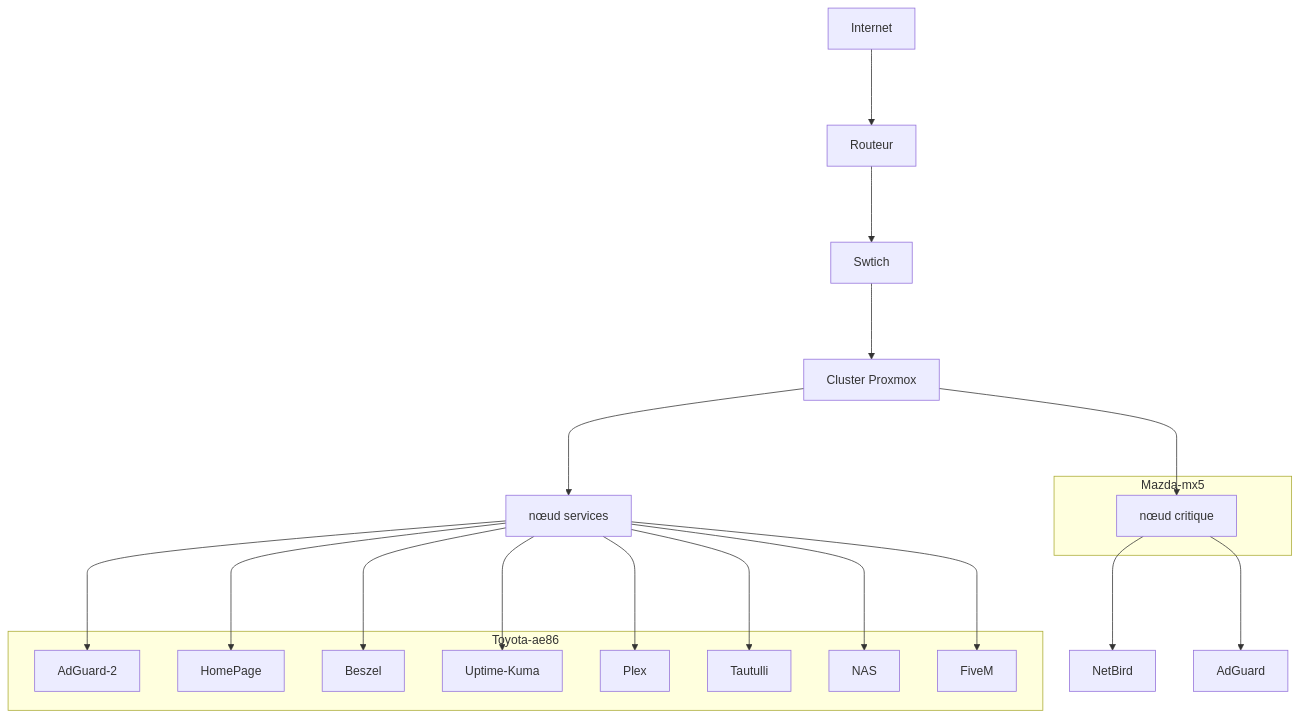
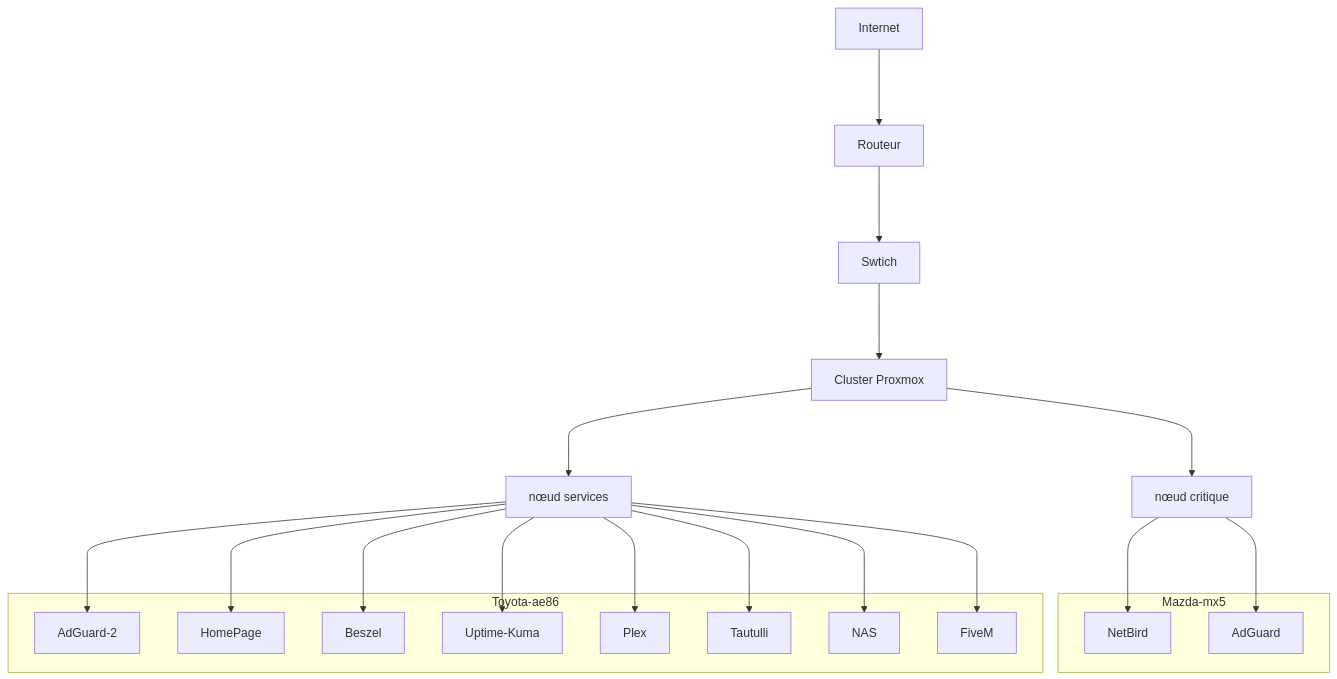
Before and after one commit to snoyy-i/snoyy-i: the diagram in README.md, drawn with Mermaid.

````diff
--- a/README.md
+++ b/README.md
@@ -2,50 +2,51 @@
 ```mermaid
 graph TD
      A[Internet]
      B[Routeur]
      C[Swtich]
      D[Cluster Proxmox]
      E[nœud critique]
      F[nœud services]
      G[NetBird]
      H[AdGuard]
      I[AdGuard-2]
      J[HomePage]
      K[Beszel]
      L[Uptime-Kuma]
      M[Plex]
      N[Tautulli]
      O[NAS]
      P[FiveM]
 
 subgraph Mazda-mx5
-     E[nœud critique]
+     G[NetBird]
+     H[AdGuard]
 end
 
 subgraph Toyota-ae86
      I[AdGuard-2]
      J[HomePage]
      K[Beszel]
      L[Uptime-Kuma]
      M[Plex]
      N[Tautulli]
      O[NAS]
      P[FiveM]
 end
 
      A--->B
      B--->C
      C--->D
      D--->E
      D--->F
      E--->G 
      E--->H
      F--->I
      F--->J
      F--->K
      F--->L
      F--->M
      F--->N
      F--->O
      F--->P
 ```
````
